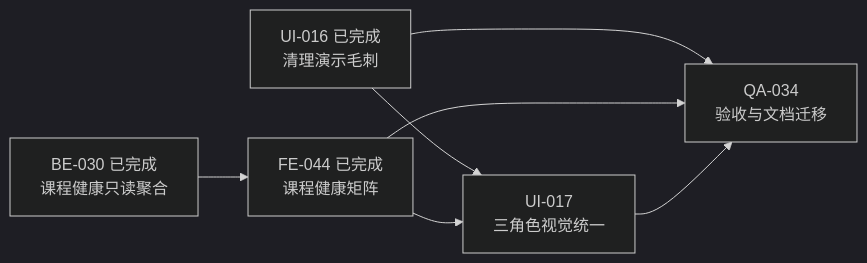
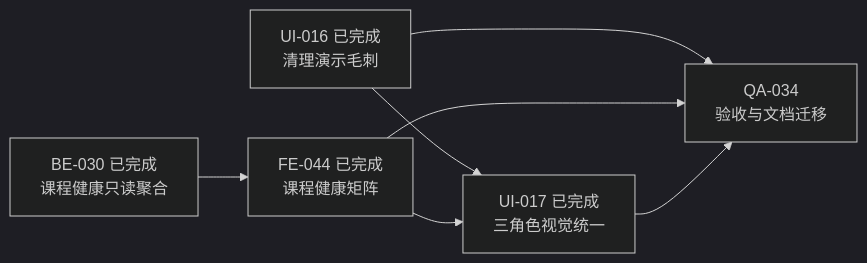
The first of 2 diagrams in doc/02-更新规划.md (falling-feather/Astra), drawn with Mermaid (dark theme) before and after one commit. The commit also changed other lines of this file and 39 other files, not shown here.

````diff
--- a/doc/02-更新规划.md
+++ b/doc/02-更新规划.md
@@ -138,15 +138,15 @@
 ```mermaid
 flowchart LR
     A[UI-016 已完成\n清理演示毛刺]
     B[BE-030 已完成\n课程健康只读聚合]
     C[FE-044 已完成\n课程健康矩阵]
-    D[UI-017\n三角色视觉统一]
+    D[UI-017 已完成\n三角色视觉统一]
     E[QA-034\n验收与文档迁移]
 
     A --> D
     B --> C
     C --> D
     A --> E
     C --> E
     D --> E
 ```
````
